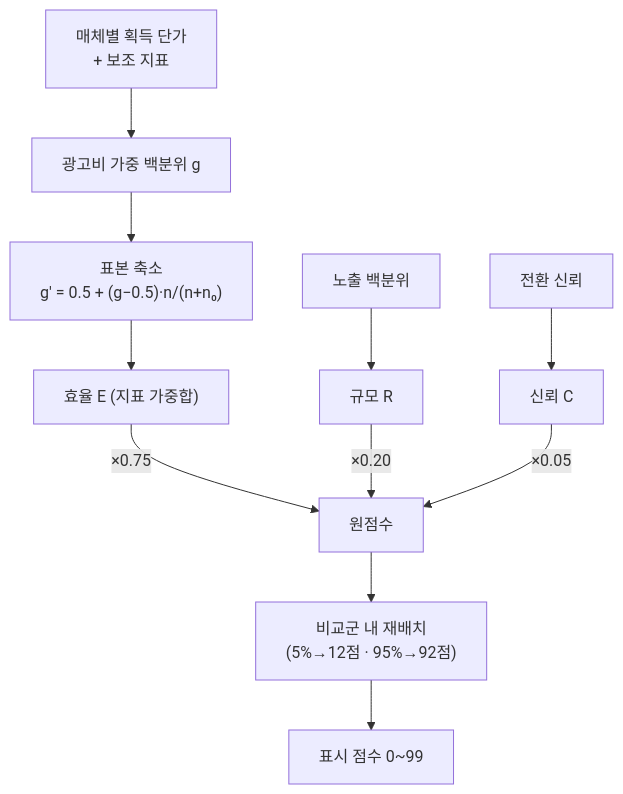
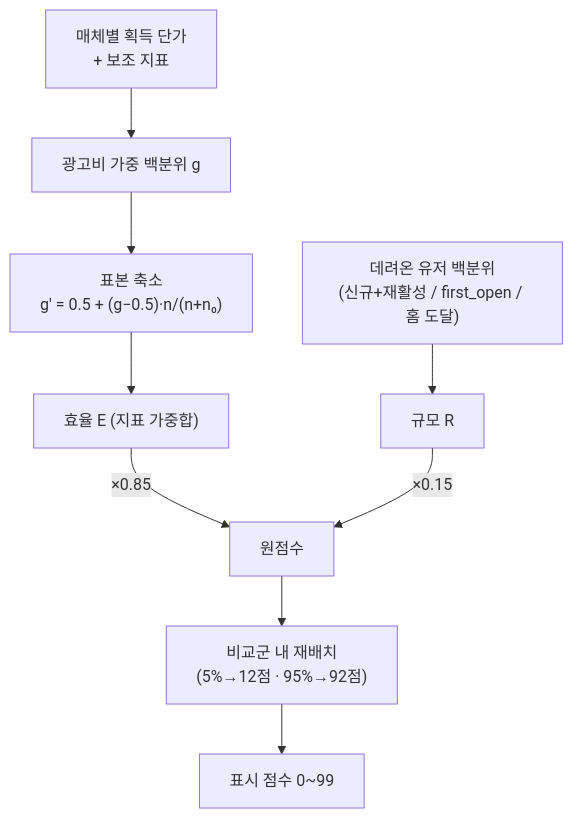
One commit to hansy-daangn/CreativeReporter changed the fourth of 4 diagrams in docs/PRESENTATION.md. Above: the diagram before and after it, drawn with Mermaid. The commit also changed other lines of this file and 3 other files, not shown here.

````diff
--- a/docs/PRESENTATION.md
+++ b/docs/PRESENTATION.md
@@ -328,13 +328,11 @@
 ```mermaid
 flowchart TD
     M["매체별 획득 단가<br/>+ 보조 지표"] --> W["광고비 가중 백분위 g"]
     W --> SH["표본 축소<br/>g′ = 0.5 + (g−0.5)·n/(n+n₀)"]
     SH --> E["효율 E (지표 가중합)"]
-    IMP["노출 백분위"] --> R["규모 R"]
-    CONV["전환 신뢰"] --> C["신뢰 C"]
-    E -- "×0.75" --> SUM["원점수"]
-    R -- "×0.20" --> SUM
-    C -- "×0.05" --> SUM
+    IMP["데려온 유저 백분위<br/>(신규+재활성 / first_open / 홈 도달)"] --> R["규모 R"]
+    E -- "×0.85" --> SUM["원점수"]
+    R -- "×0.15" --> SUM
     SUM --> RS["비교군 내 재배치<br/>(5%→12점 · 95%→92점)"]
     RS --> FIN["표시 점수 0~99"]
 ```
````
